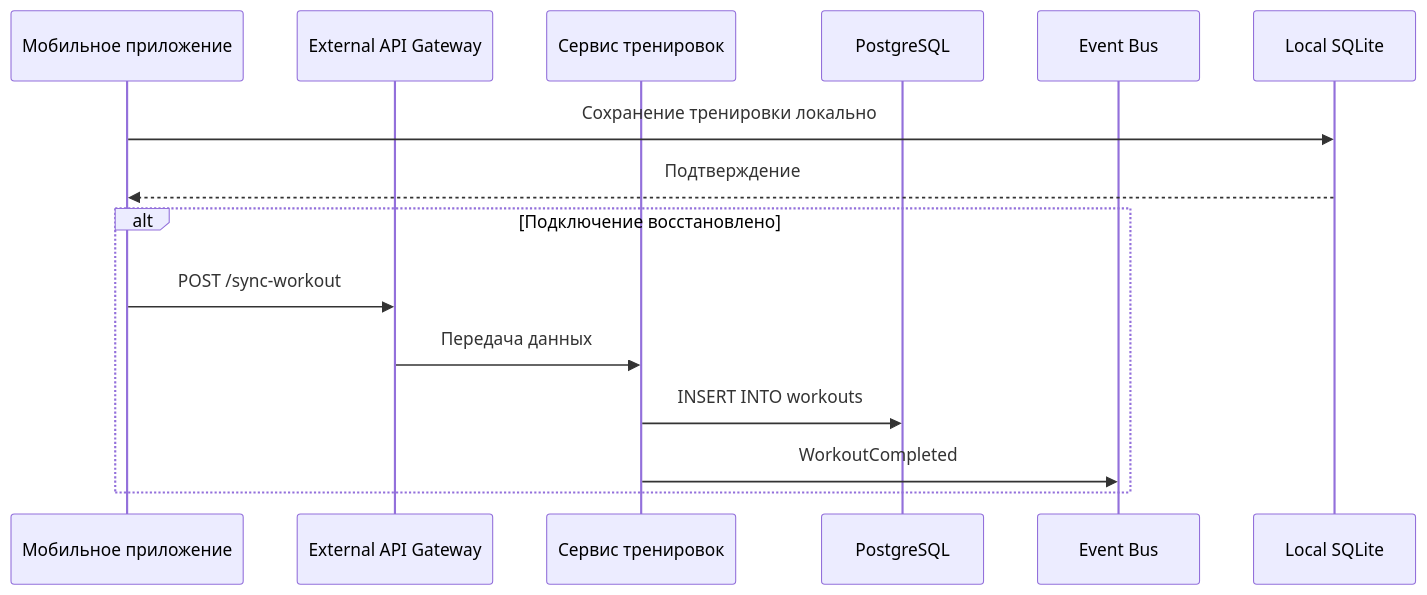
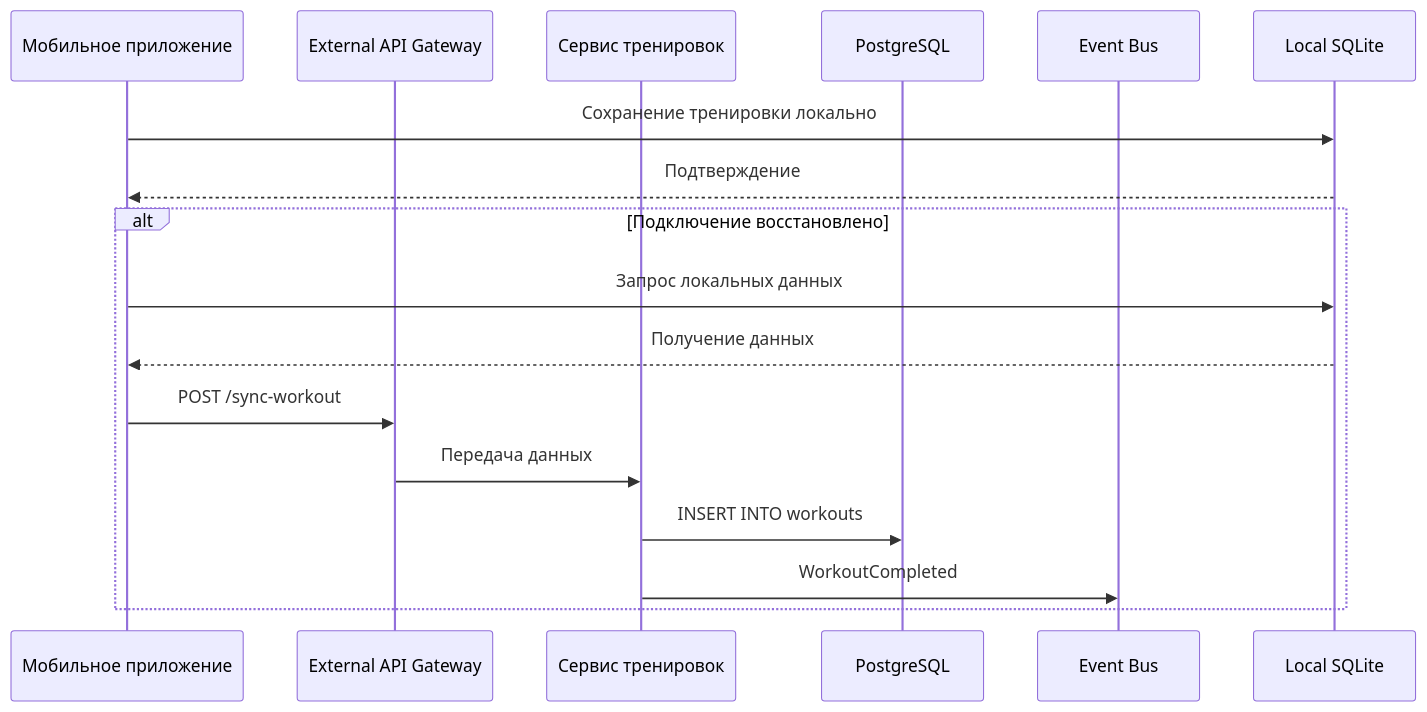
The diagram in architecture/application-usage-scenarios/offline-workout-sync.md (andreyantropov/architect-coursework), drawn with Mermaid before and after one commit. The commit also changed other lines of this file and 8 other files, not shown here.

Commit message:
refactor: Исправлены ошибки/опечатки в схемах, поправлен стиль документов.

````diff
--- a/architecture/application-usage-scenarios/offline-workout-sync.md
+++ b/architecture/application-usage-scenarios/offline-workout-sync.md
@@ -3,18 +3,20 @@
 ```mermaid
 sequenceDiagram
     participant M as Мобильное приложение
     participant A as External API Gateway
     participant W as Сервис тренировок
     participant DB as PostgreSQL
     participant E as Event Bus
     participant L as Local SQLite
 
     M->>L: Сохранение тренировки локально
     L-->>M: Подтверждение
     alt Подключение восстановлено
+        M->>L: Запрос локальных данных
+        L-->>M: Получение данных
         M->>A: POST /sync-workout
         A->>W: Передача данных
         W->>DB: INSERT INTO workouts
         W->>E: WorkoutCompleted
     end
 ```
````
